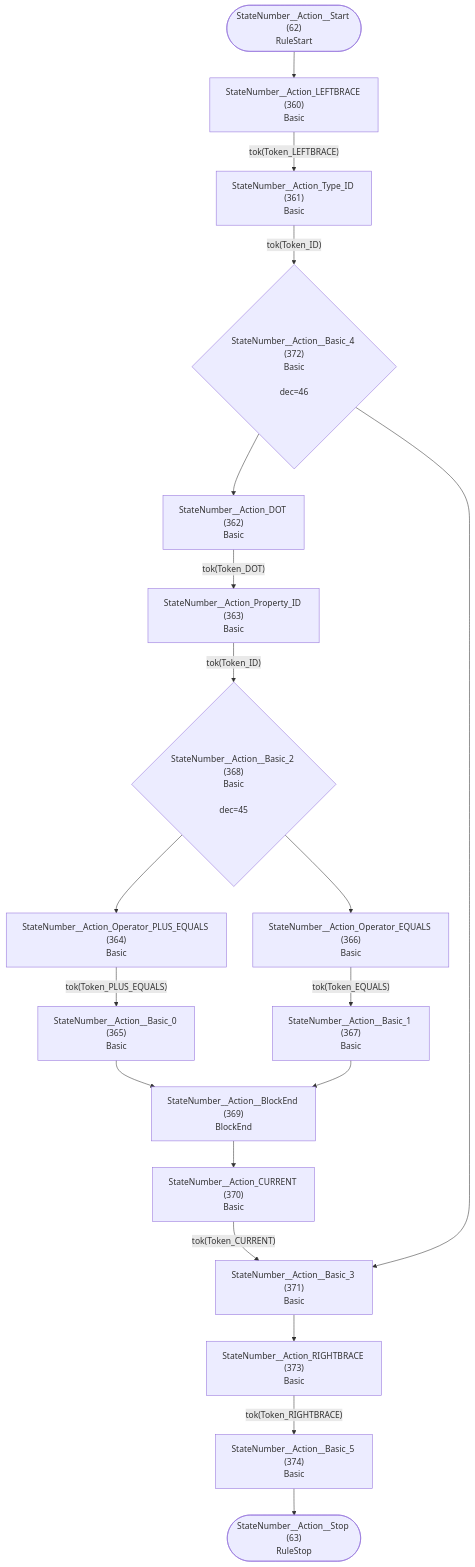
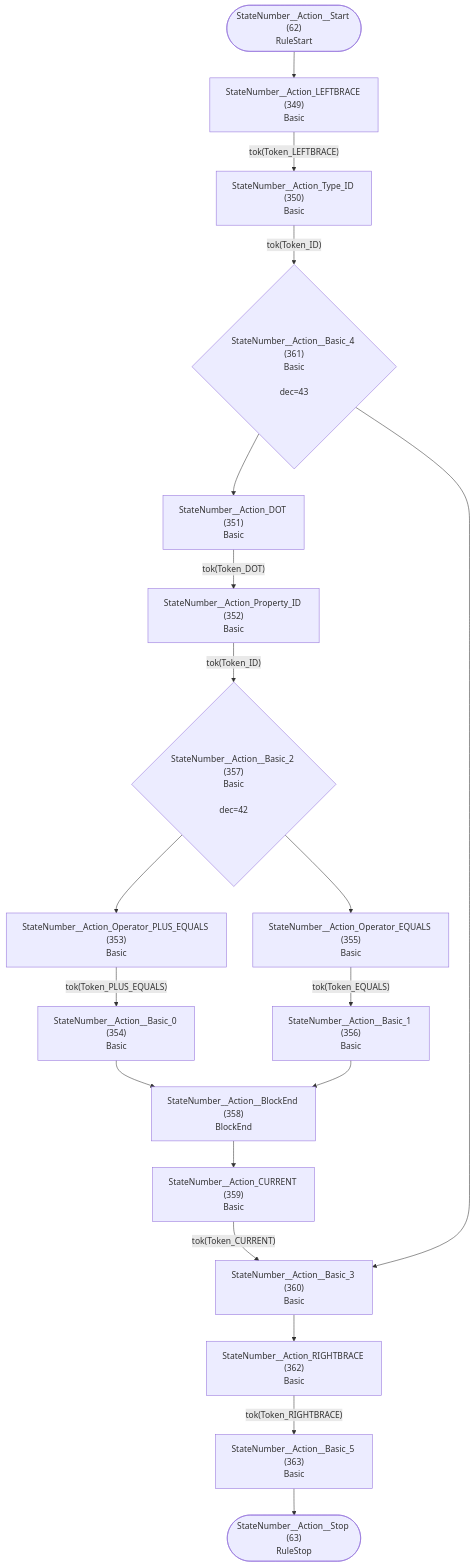
One commit to TypeFox/fastbelt changed diagram 32 of 36 in internal/grammar/atn.md. Above: the diagram before and after it, drawn with Mermaid. The commit also changed other lines of this file and 9 other files, not shown here.

````diff
--- a/internal/grammar/atn.md
+++ b/internal/grammar/atn.md
@@ -954,39 +929,39 @@
 ```mermaid
 flowchart TD
     q62(["StateNumber__Action__Start (62)<br/>RuleStart"])
     q63(["StateNumber__Action__Stop (63)<br/>RuleStop"])
-    q360["StateNumber__Action_LEFTBRACE (360)<br/>Basic<br/>"]
-    q361["StateNumber__Action_Type_ID (361)<br/>Basic<br/>"]
-    q362["StateNumber__Action_DOT (362)<br/>Basic<br/>"]
-    q363["StateNumber__Action_Property_ID (363)<br/>Basic<br/>"]
-    q364["StateNumber__Action_Operator_PLUS_EQUALS (364)<br/>Basic<br/>"]
-    q365["StateNumber__Action__Basic_0 (365)<br/>Basic<br/>"]
-    q366["StateNumber__Action_Operator_EQUALS (366)<br/>Basic<br/>"]
-    q367["StateNumber__Action__Basic_1 (367)<br/>Basic<br/>"]
-    q368{"StateNumber__Action__Basic_2 (368)<br/>Basic<br/><br/>dec=45"}
-    q369["StateNumber__Action__BlockEnd (369)<br/>BlockEnd<br/>"]
-    q370["StateNumber__Action_CURRENT (370)<br/>Basic<br/>"]
-    q371["StateNumber__Action__Basic_3 (371)<br/>Basic<br/>"]
-    q372{"StateNumber__Action__Basic_4 (372)<br/>Basic<br/><br/>dec=46"}
-    q373["StateNumber__Action_RIGHTBRACE (373)<br/>Basic<br/>"]
-    q374["StateNumber__Action__Basic_5 (374)<br/>Basic<br/>"]
+    q349["StateNumber__Action_LEFTBRACE (349)<br/>Basic<br/>"]
+    q350["StateNumber__Action_Type_ID (350)<br/>Basic<br/>"]
+    q351["StateNumber__Action_DOT (351)<br/>Basic<br/>"]
+    q352["StateNumber__Action_Property_ID (352)<br/>Basic<br/>"]
+    q353["StateNumber__Action_Operator_PLUS_EQUALS (353)<br/>Basic<br/>"]
+    q354["StateNumber__Action__Basic_0 (354)<br/>Basic<br/>"]
+    q355["StateNumber__Action_Operator_EQUALS (355)<br/>Basic<br/>"]
+    q356["StateNumber__Action__Basic_1 (356)<br/>Basic<br/>"]
+    q357{"StateNumber__Action__Basic_2 (357)<br/>Basic<br/><br/>dec=42"}
+    q358["StateNumber__Action__BlockEnd (358)<br/>BlockEnd<br/>"]
+    q359["StateNumber__Action_CURRENT (359)<br/>Basic<br/>"]
+    q360["StateNumber__Action__Basic_3 (360)<br/>Basic<br/>"]
+    q361{"StateNumber__Action__Basic_4 (361)<br/>Basic<br/><br/>dec=43"}
+    q362["StateNumber__Action_RIGHTBRACE (362)<br/>Basic<br/>"]
+    q363["StateNumber__Action__Basic_5 (363)<br/>Basic<br/>"]
 
-    q62 --> q360
-    q360 -->|"tok(Token_LEFTBRACE)"| q361
-    q361 -->|"tok(Token_ID)"| q372
-    q362 -->|"tok(Token_DOT)"| q363
-    q363 -->|"tok(Token_ID)"| q368
-    q364 -->|"tok(Token_PLUS_EQUALS)"| q365
-    q365 --> q369
-    q366 -->|"tok(Token_EQUALS)"| q367
-    q367 --> q369
-    q368 --> q364
-    q368 --> q366
-    q369 --> q370
-    q370 -->|"tok(Token_CURRENT)"| q371
-    q371 --> q373
-    q372 --> q362
-    q372 --> q371
-    q373 -->|"tok(Token_RIGHTBRACE)"| q374
-    q374 --> q63
+    q62 --> q349
+    q349 -->|"tok(Token_LEFTBRACE)"| q350
+    q350 -->|"tok(Token_ID)"| q361
+    q351 -->|"tok(Token_DOT)"| q352
+    q352 -->|"tok(Token_ID)"| q357
+    q353 -->|"tok(Token_PLUS_EQUALS)"| q354
+    q354 --> q358
+    q355 -->|"tok(Token_EQUALS)"| q356
+    q356 --> q358
+    q357 --> q353
+    q357 --> q355
+    q358 --> q359
+    q359 -->|"tok(Token_CURRENT)"| q360
+    q360 --> q362
+    q361 --> q351
+    q361 --> q360
+    q362 -->|"tok(Token_RIGHTBRACE)"| q363
+    q363 --> q63
 ```
````
